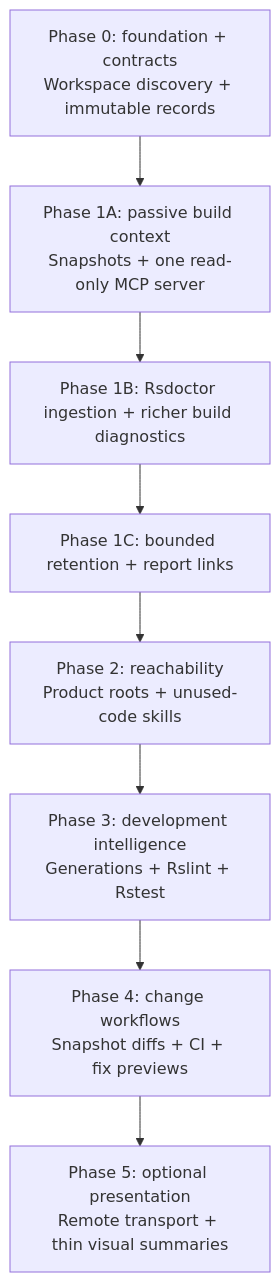
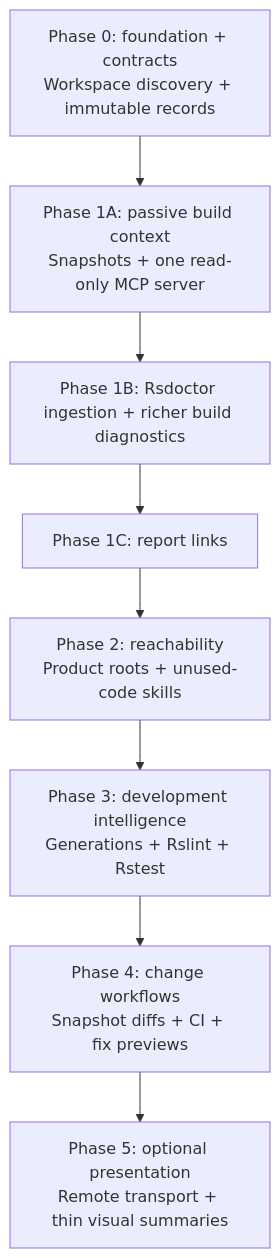
Before and after one commit to rstackjs/rstack-cli: the tenth of 10 diagrams in docs/rfcs/0001-rstack-context-engine.md, drawn with Mermaid. The commit also changed other lines of this file and 6 other files, not shown here.

````diff
--- a/docs/rfcs/0001-rstack-context-engine.md
+++ b/docs/rfcs/0001-rstack-context-engine.md
@@ -1096,13 +1092,13 @@
 ```mermaid
 flowchart TB
   P0["Phase 0: foundation + contracts<br/>Workspace discovery + immutable records"]
   P1A["Phase 1A: passive build context<br/>Snapshots + one read-only MCP server"]
   P1B["Phase 1B: Rsdoctor ingestion + richer build diagnostics"]
-  P1C["Phase 1C: bounded retention + report links"]
+  P1C["Phase 1C: report links"]
   P2["Phase 2: reachability<br/>Product roots + unused-code skills"]
   P3["Phase 3: development intelligence<br/>Generations + Rslint + Rstest"]
   P4["Phase 4: change workflows<br/>Snapshot diffs + CI + fix previews"]
   P5["Phase 5: optional presentation<br/>Remote transport + thin visual summaries"]
 
   P0 --> P1A --> P1B --> P1C --> P2 --> P3 --> P4 --> P5
 ```
````
